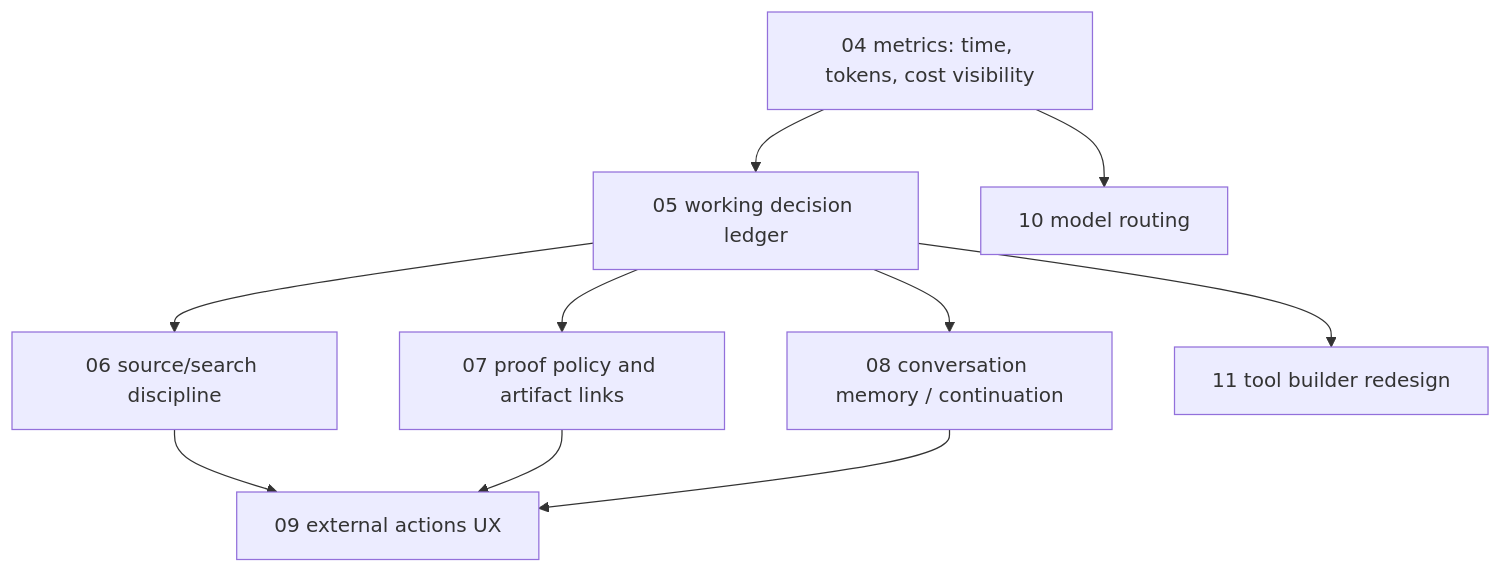
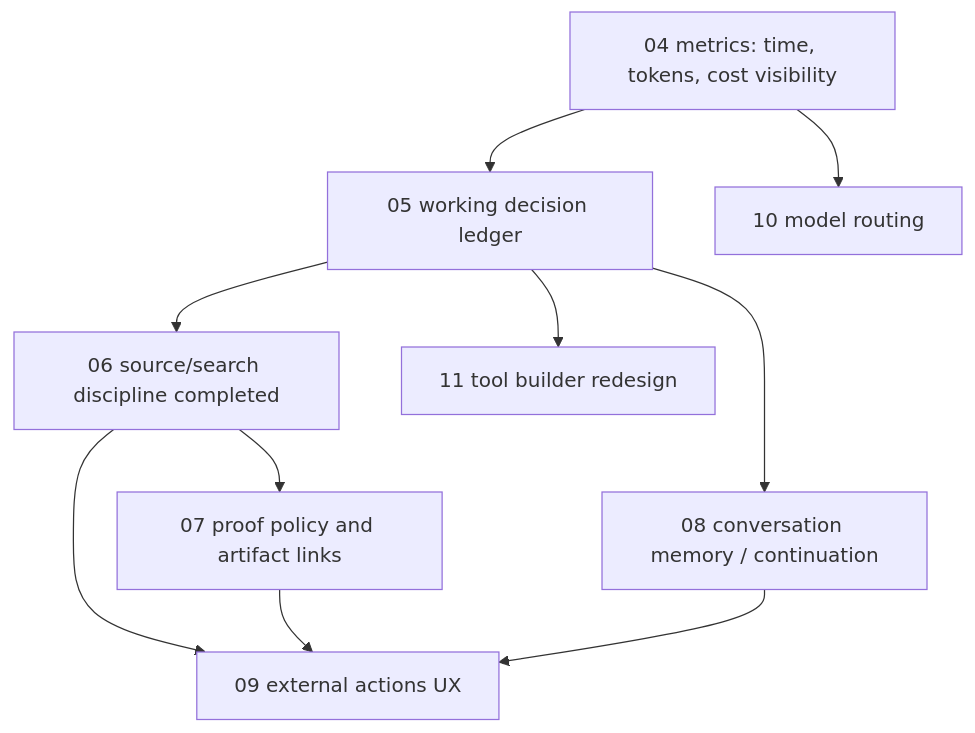
One commit to ruler47/agentic changed the diagram in docs/tasks/README.md. Above: the diagram before and after it, drawn with Mermaid. The commit also changed other lines of this file and 36 other files, not shown here.

Commit message:
Improve source acquisition discipline

````diff
--- a/docs/tasks/README.md
+++ b/docs/tasks/README.md
@@ -43,12 +42,12 @@
 ```mermaid
 flowchart TD
   A["04 metrics: time, tokens, cost visibility"] --> B["05 working decision ledger"]
-  B --> C["06 source/search discipline"]
-  B --> D["07 proof policy and artifact links"]
+  B --> C["06 source/search discipline completed"]
+  C --> D["07 proof policy and artifact links"]
   B --> E["08 conversation memory / continuation"]
   C --> F["09 external actions UX"]
   D --> F
   E --> F
   A --> G["10 model routing"]
   B --> H["11 tool builder redesign"]
 ```
````
